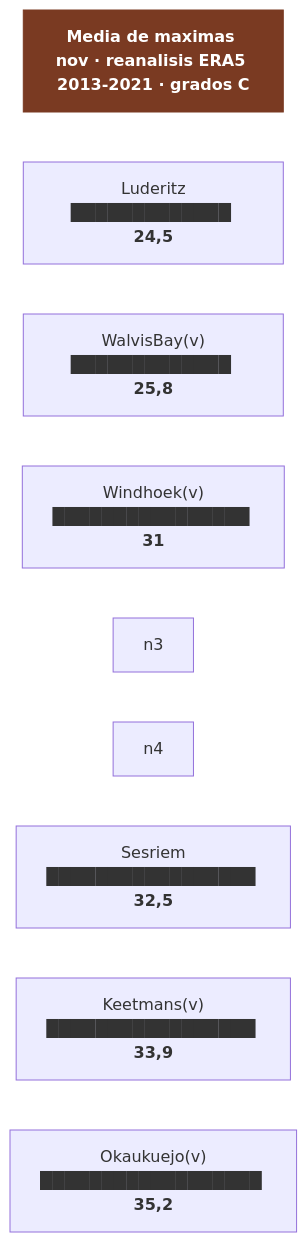
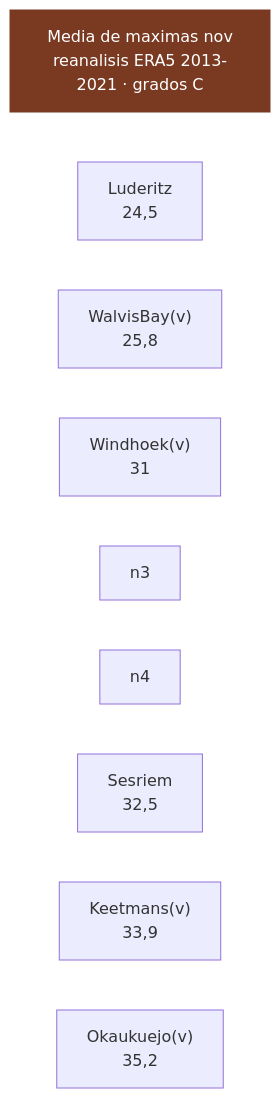
The fourth of 6 diagrams in 15-huecos-cerrados.md (morandeirachema/namibia), drawn with Mermaid before and after one commit. The commit also changed other lines of this file and 14 other files, not shown here.

Commit message:
Arreglar el renderizado de los diagramas en GitHub: fuera emojis, negritas y barras ASCII de dentro de los nodos, que descuadraban la medida y recortaban el texto

````diff
--- a/15-huecos-cerrados.md
+++ b/15-huecos-cerrados.md
@@ -337,19 +337,19 @@
 ```mermaid
 flowchart TD
-    T["<b>Media de maximas nov · reanalisis ERA5 2013-2021 · grados C</b>"]
-    n0["Luderitz<br/>█████████████ <b>24,5</b>"]
-    n1["WalvisBay(v)<br/>█████████████ <b>25,8</b>"]
-    n2["Windhoek(v)<br/>████████████████ <b>31</b>"]
-    n5["Sesriem<br/>█████████████████ <b>32,5</b>"]
-    n6["Keetmans(v)<br/>█████████████████ <b>33,9</b>"]
-    n7["Okaukuejo(v)<br/>██████████████████ <b>35,2</b>"]
+    T["Media de maximas nov<br/>reanalisis ERA5 2013-2021 · grados C"]
+    n0["Luderitz<br/>24,5"]
+    n1["WalvisBay(v)<br/>25,8"]
+    n2["Windhoek(v)<br/>31"]
+    n5["Sesriem<br/>32,5"]
+    n6["Keetmans(v)<br/>33,9"]
+    n7["Okaukuejo(v)<br/>35,2"]
     T ~~~ n0
     n0 ~~~ n1
     n1 ~~~ n2
     n2 ~~~ n3
     n3 ~~~ n4
     n4 ~~~ n5
     n5 ~~~ n6
     n6 ~~~ n7
     style T fill:#7a3a22,color:#fff,stroke:#7a3a22
 ```
````
